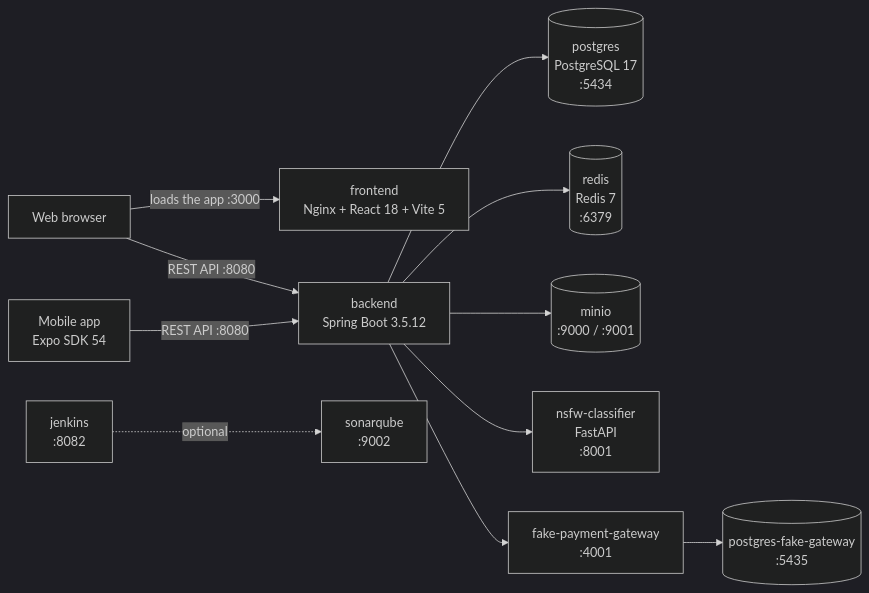
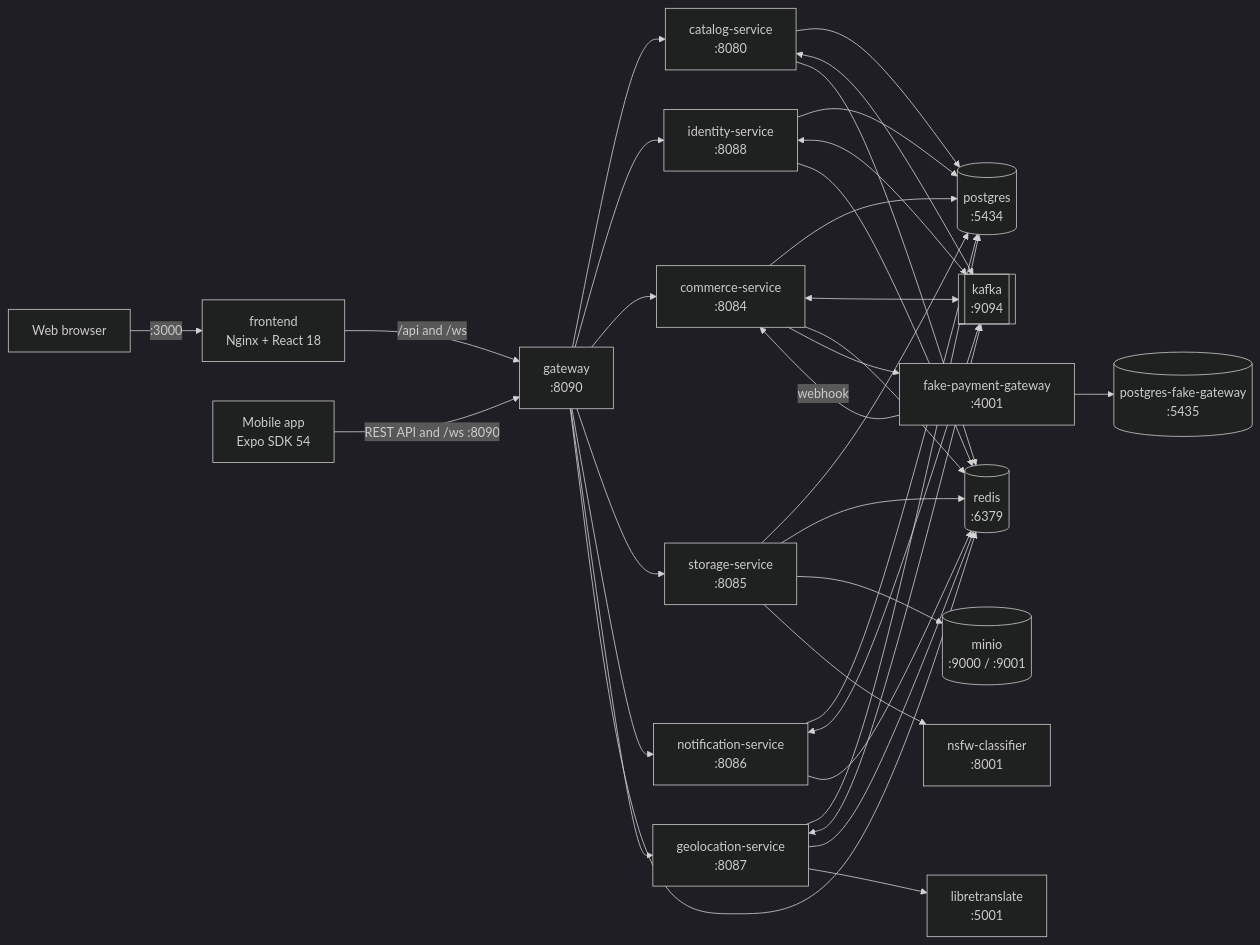
The first of 6 diagrams in en/11_Manual_Instalacion.md (TheJhampierBoy/TuEvento-Docs), drawn with Mermaid (dark theme) before and after one commit. The commit also changed other lines of this file and 1 other file, not shown here.

First line of the commit message:
docs: update installation manual to v1.2.0 (gateway and microservices)

````diff
--- a/en/11_Manual_Instalacion.md
+++ b/en/11_Manual_Instalacion.md
@@ -88,13 +106,21 @@
 ```mermaid
 flowchart LR
-    W["Web browser"] -->|"loads the app :3000"| FW["frontend<br/>Nginx + React 18 + Vite 5"]
-    W -->|"REST API :8080"| B["backend<br/>Spring Boot 3.5.12"]
-    M["Mobile app<br/>Expo SDK 54"] -->|"REST API :8080"| B
-    B --> P[("postgres<br/>PostgreSQL 17<br/>:5434")]
-    B --> R[("redis<br/>Redis 7<br/>:6379")]
-    B --> S[("minio<br/>:9000 / :9001")]
-    B --> N["nsfw-classifier<br/>FastAPI<br/>:8001"]
-    B --> G["fake-payment-gateway<br/>:4001"]
+    W["Web browser"] -->|":3000"| FW["frontend<br/>Nginx + React 18"]
+    FW -->|"/api and /ws"| GW["gateway<br/>:8090"]
+    M["Mobile app<br/>Expo SDK 54"] -->|"REST API and /ws :8090"| GW
+    GW --> CA["catalog-service<br/>:8080"]
+    GW --> ID["identity-service<br/>:8088"]
+    GW --> CO["commerce-service<br/>:8084"]
+    GW --> ST["storage-service<br/>:8085"]
+    GW --> NO["notification-service<br/>:8086"]
+    GW --> GE["geolocation-service<br/>:8087"]
+    CA & ID & CO & ST & NO & GE --> P[("postgres<br/>:5434")]
+    CA & ID & CO & NO & GE <--> K[["kafka<br/>:9094"]]
+    GW & CA & ID & CO & ST & NO & GE --> R[("redis<br/>:6379")]
+    ST --> S[("minio<br/>:9000 / :9001")]
+    ST --> N["nsfw-classifier<br/>:8001"]
+    GE --> LT["libretranslate<br/>:5001"]
+    CO --> G["fake-payment-gateway<br/>:4001"]
+    G -->|"webhook"| CO
     G --> PG[("postgres-fake-gateway<br/>:5435")]
-    J["jenkins<br/>:8082"] -.->|"optional"| SQ["sonarqube<br/>:9002"]
 ```
````
